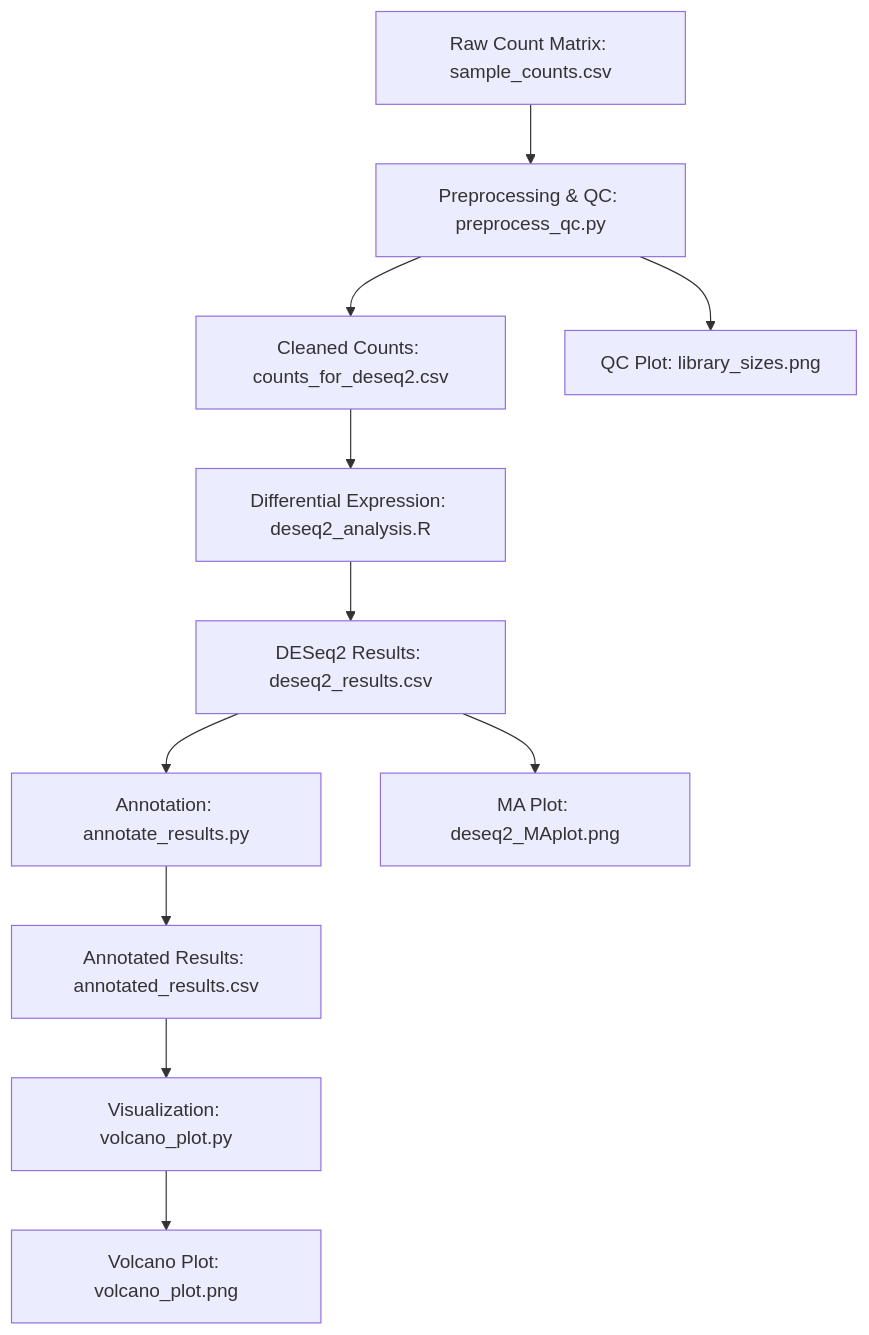
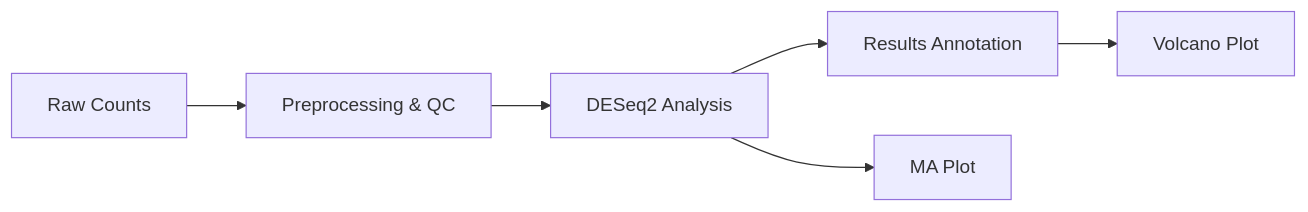
Before and after one commit to justin-mbca/bioinformatics_pipeline: the diagram in README.md, drawn with Mermaid. The commit also changed other lines of this file, not shown here.

````diff
--- a/README.md
+++ b/README.md
@@ -112,13 +65,8 @@
 ```mermaid
-graph TD
-A[Raw Count Matrix: sample_counts.csv] --> B[Preprocessing & QC: preprocess_qc.py]
-B --> C[Cleaned Counts: counts_for_deseq2.csv]
-C --> D[Differential Expression: deseq2_analysis.R]
-D --> E[DESeq2 Results: deseq2_results.csv]
-E --> F[Annotation: annotate_results.py]
-F --> G[Annotated Results: annotated_results.csv]
-G --> H[Visualization: volcano_plot.py]
-H --> I[Volcano Plot: volcano_plot.png]
-E --> J[MA Plot: deseq2_MAplot.png]
-B --> K[QC Plot: library_sizes.png]
+graph LR
+A[Raw Counts] --> B[Preprocessing & QC];
+B --> C[DESeq2 Analysis];
+C --> D[Results Annotation];
+C --> E[MA Plot];
+D --> F[Volcano Plot];
 ```
````
